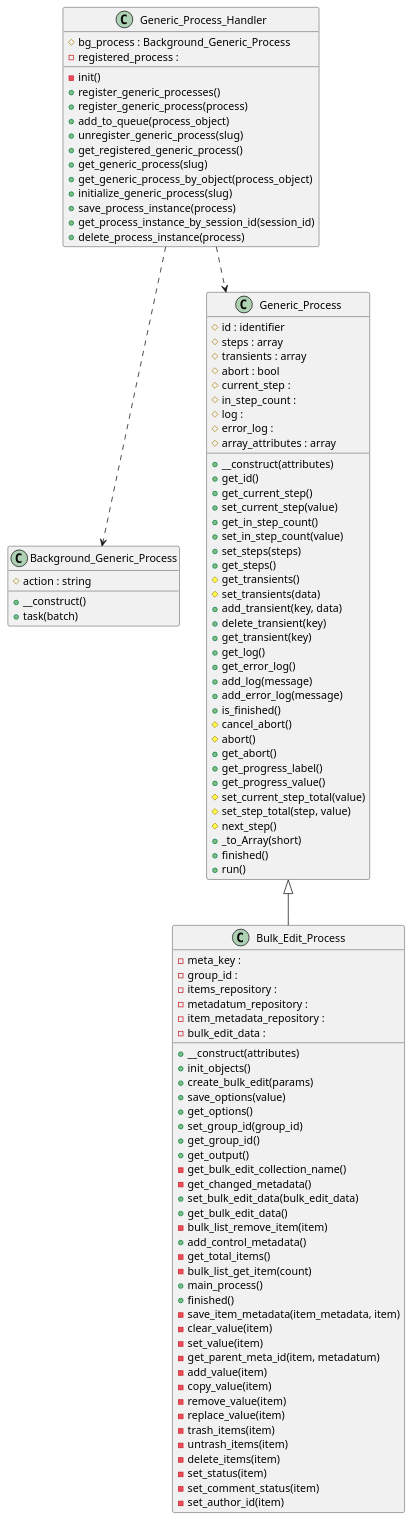
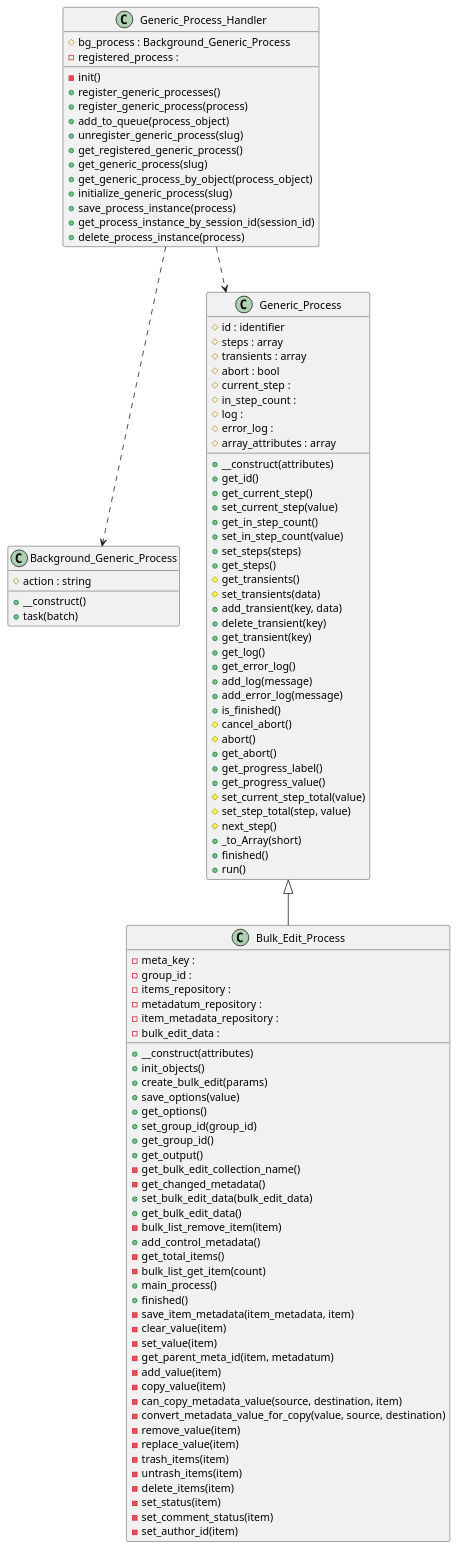
Before and after one commit to tainacan/tainacan: the diagram in docs/diagrams/tainacan-namespace-Tainacan-GenericProcess.puml, drawn with PlantUML. The commit also changed 10 other files, not shown here.

```diff
--- a/docs/diagrams/tainacan-namespace-Tainacan-GenericProcess.puml
+++ b/docs/diagrams/tainacan-namespace-Tainacan-GenericProcess.puml
@@ -1,106 +1,108 @@
 @startuml class-diagram
   class "Bulk_Edit_Process" as Bulk_Edit_Process {
     -meta_key : 
     -group_id : 
     -items_repository : 
     -metadatum_repository : 
     -item_metadata_repository : 
     -bulk_edit_data : 
     +__construct(attributes)
     +init_objects()
     +create_bulk_edit(params)
     +save_options(value)
     +get_options()
     +set_group_id(group_id)
     +get_group_id()
     +get_output()
     -get_bulk_edit_collection_name()
     -get_changed_metadata()
     +set_bulk_edit_data(bulk_edit_data)
     +get_bulk_edit_data()
     -bulk_list_remove_item(item)
     +add_control_metadata()
     -get_total_items()
     -bulk_list_get_item(count)
     +main_process()
     +finished()
     -save_item_metadata(item_metadata, item)
     -clear_value(item)
     -set_value(item)
     -get_parent_meta_id(item, metadatum)
     -add_value(item)
     -copy_value(item)
+    -can_copy_metadata_value(source, destination, item)
+    -convert_metadata_value_for_copy(value, source, destination)
     -remove_value(item)
     -replace_value(item)
     -trash_items(item)
     -untrash_items(item)
     -delete_items(item)
     -set_status(item)
     -set_comment_status(item)
     -set_author_id(item)
   }
   class "Generic_Process_Handler" as Generic_Process_Handler {
     #bg_process : Background_Generic_Process
     -registered_process : 
     -init()
     +register_generic_processes()
     +register_generic_process(process)
     +add_to_queue(process_object)
     +unregister_generic_process(slug)
     +get_registered_generic_process()
     +get_generic_process(slug)
     +get_generic_process_by_object(process_object)
     +initialize_generic_process(slug)
     +save_process_instance(process)
     +get_process_instance_by_session_id(session_id)
     +delete_process_instance(process)
   }
   class "Background_Generic_Process" as Background_Generic_Process {
     #action : string
     +__construct()
     +task(batch)
   }
   class "Generic_Process" as Generic_Process {
     #id : identifier
     #steps : array
     #transients : array
     #abort : bool
     #current_step : 
     #in_step_count : 
     #log : 
     #error_log : 
     #array_attributes : array
     +__construct(attributes)
     +get_id()
     +get_current_step()
     +set_current_step(value)
     +get_in_step_count()
     +set_in_step_count(value)
     +set_steps(steps)
     +get_steps()
     #get_transients()
     #set_transients(data)
     +add_transient(key, data)
     +delete_transient(key)
     +get_transient(key)
     +get_log()
     +get_error_log()
     +add_log(message)
     +add_error_log(message)
     +is_finished()
     #cancel_abort()
     #abort()
     +get_abort()
     +get_progress_label()
     +get_progress_value()
     #set_current_step_total(value)
     #set_step_total(step, value)
     #next_step()
     +_to_Array(short)
     +finished()
     +run()
   }
   Generic_Process <|-- Bulk_Edit_Process
   Generic_Process_Handler ..> Background_Generic_Process
   Generic_Process_Handler ..> Generic_Process
 @enduml
```
